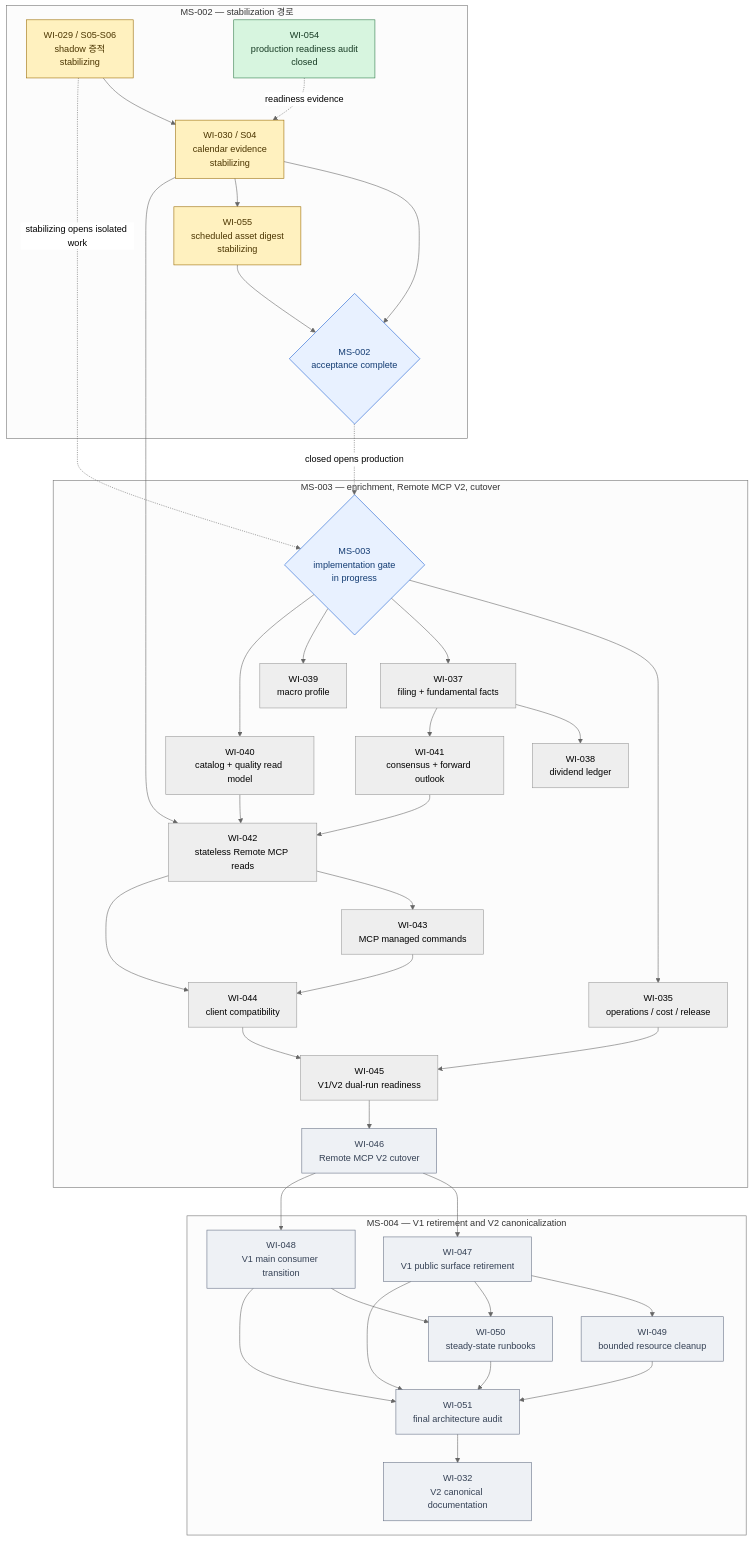
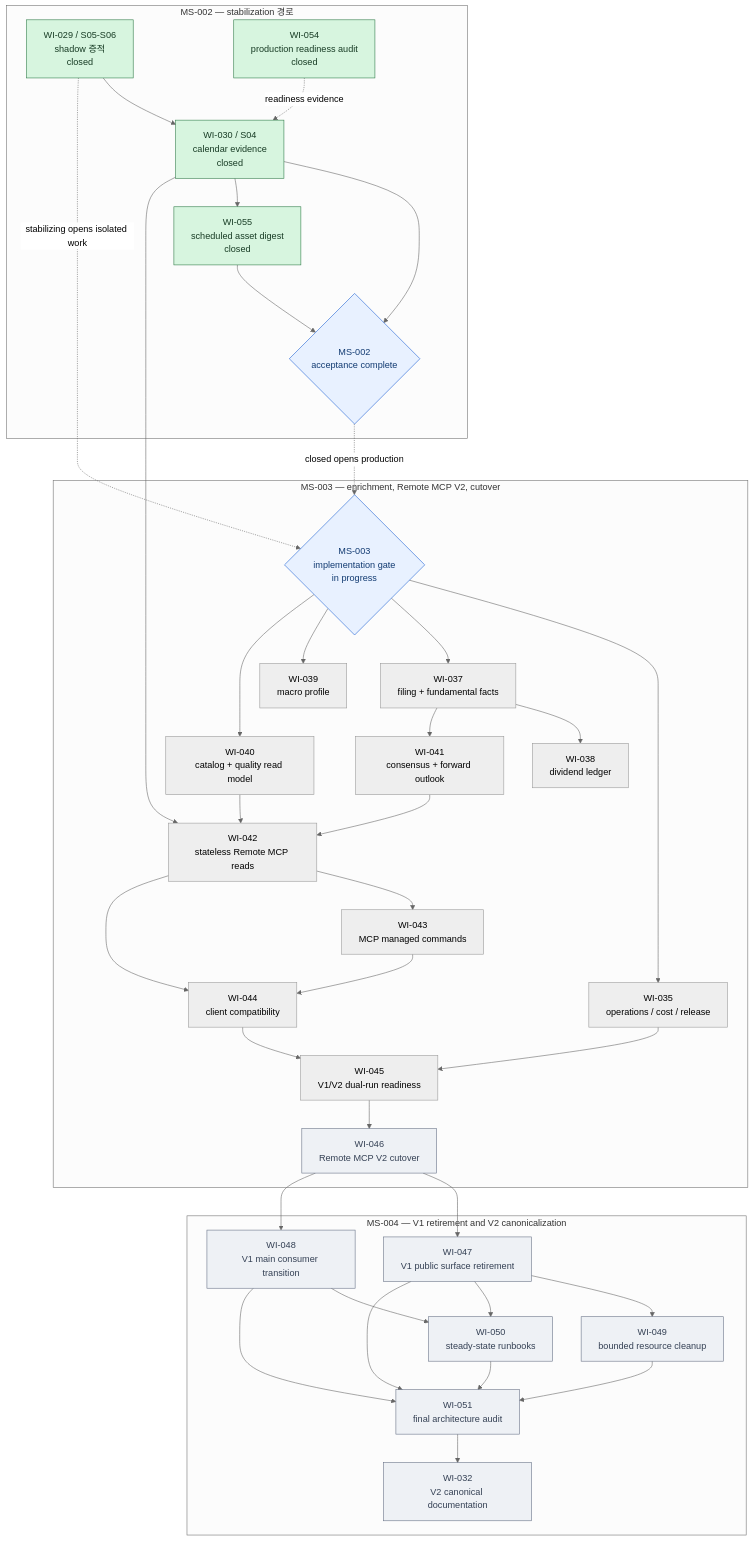
Before and after one commit to meringue5/KIS_Portfolio_MCP: the third of 3 diagrams in docs/milestones/README.md, drawn with Mermaid (neutral theme). The commit also changed other lines of this file and 8 other files, not shown here.

````diff
--- a/docs/milestones/README.md
+++ b/docs/milestones/README.md
@@ -144,81 +143,79 @@
 ```mermaid
 flowchart TB
     subgraph M2["MS-002 — stabilization 경로"]
-        W29["WI-029 / S05-S06<br/>shadow 증적<br/>stabilizing"]
-        W30["WI-030 / S04<br/>calendar evidence<br/>stabilizing"]
+        W29["WI-029 / S05-S06<br/>shadow 증적<br/>closed"]
+        W30["WI-030 / S04<br/>calendar evidence<br/>closed"]
         W54["WI-054<br/>production readiness audit<br/>closed"]
-        W55["WI-055<br/>scheduled asset digest<br/>stabilizing"]
+        W55["WI-055<br/>scheduled asset digest<br/>closed"]
         M2DONE{"MS-002<br/>acceptance complete"}
         W29 --> W30 --> M2DONE
         W30 --> W55 --> M2DONE
         W54 -. readiness evidence .-> W30
     end
 
     subgraph M3["MS-003 — enrichment, Remote MCP V2, cutover"]
         M3OPEN{"MS-003<br/>implementation gate<br/>in progress"}
         W35["WI-035<br/>operations / cost / release"]
         W37["WI-037<br/>filing + fundamental facts"]
         W38["WI-038<br/>dividend ledger"]
         W39["WI-039<br/>macro profile"]
         W40["WI-040<br/>catalog + quality read model"]
         W41["WI-041<br/>consensus + forward outlook"]
         W42["WI-042<br/>stateless Remote MCP reads"]
         W43["WI-043<br/>MCP managed commands"]
         W44["WI-044<br/>client compatibility"]
         W45["WI-045<br/>V1/V2 dual-run readiness"]
         W46["WI-046<br/>Remote MCP V2 cutover"]
 
         M3OPEN --> W35
         M3OPEN --> W37
         M3OPEN --> W39
         M3OPEN --> W40
         W37 --> W38
         W37 --> W41
         W30 --> W42
         W40 --> W42
         W41 --> W42
         W42 --> W43
         W42 --> W44
         W43 --> W44
         W35 --> W45
         W44 --> W45 --> W46
     end
 
     subgraph M4["MS-004 — V1 retirement and V2 canonicalization"]
         W47["WI-047<br/>V1 public surface retirement"]
         W48["WI-048<br/>V1 main consumer transition"]
         W49["WI-049<br/>bounded resource cleanup"]
         W50["WI-050<br/>steady-state runbooks"]
         W51["WI-051<br/>final architecture audit"]
         W32["WI-032<br/>V2 canonical documentation"]
 
         W46 --> W47
         W46 --> W48
         W47 --> W49
         W47 --> W50
         W48 --> W50
         W47 --> W51
         W48 --> W51
         W49 --> W51
         W50 --> W51
         W51 --> W32
     end
 
     W29 -. stabilizing opens isolated work .-> M3OPEN
     M2DONE -. closed opens production .-> M3OPEN
 
     classDef active fill:#fff1bf,stroke:#9a6b00,color:#4b3500;
     classDef closed fill:#d7f5df,stroke:#2d7a46,color:#173b24;
     classDef ready fill:#e8f1ff,stroke:#175cd3,color:#123b72;
     classDef blocked fill:#fde2e2,stroke:#b42318,color:#5b1712;
     classDef proposed fill:#eef1f5,stroke:#667085,color:#344054;
     classDef gate fill:#e8f1ff,stroke:#175cd3,color:#123b72;
-    class W29,W30 active;
-    class W54 closed;
-    class W55 active;
+    class W29,W30,W54,W55 closed;
     class W35,W40 verified;
     class W37,W38,W39,W41,W42,W43,W44 verified;
     class W45 verified;
     class W46,W47,W48,W49,W50,W51,W32 proposed;
     class M2DONE,M3OPEN gate;
 ```
````
